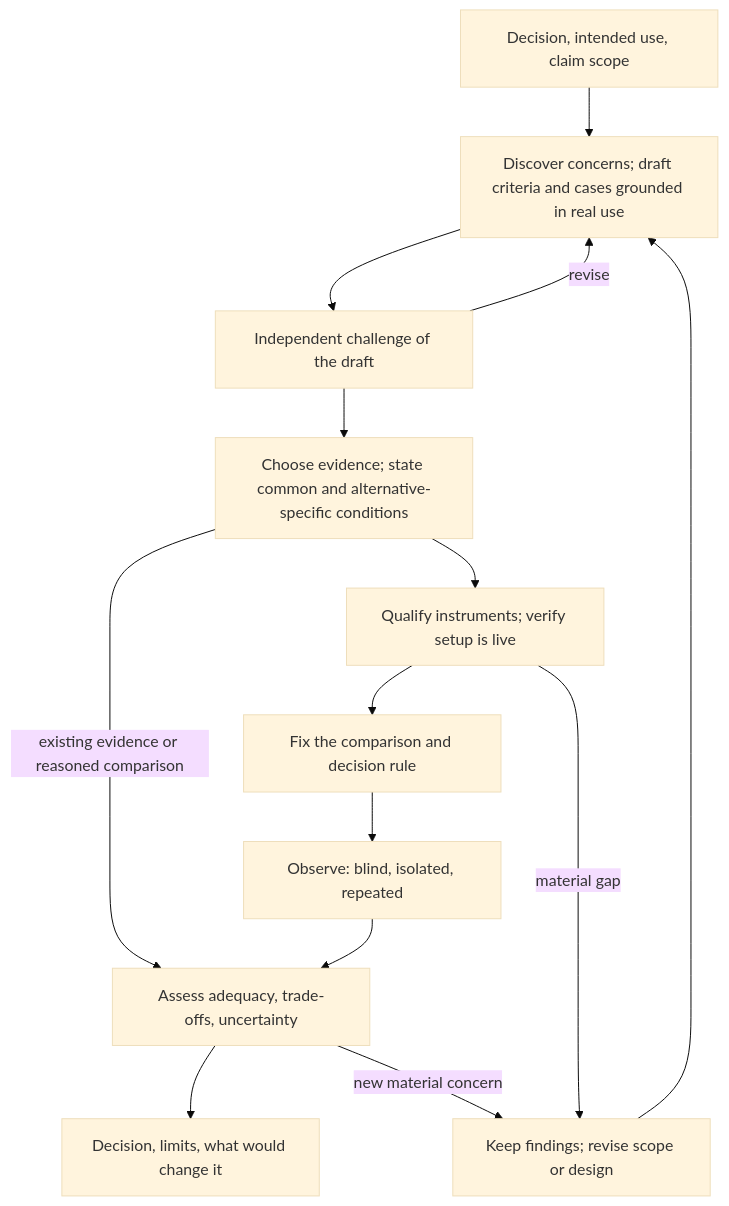
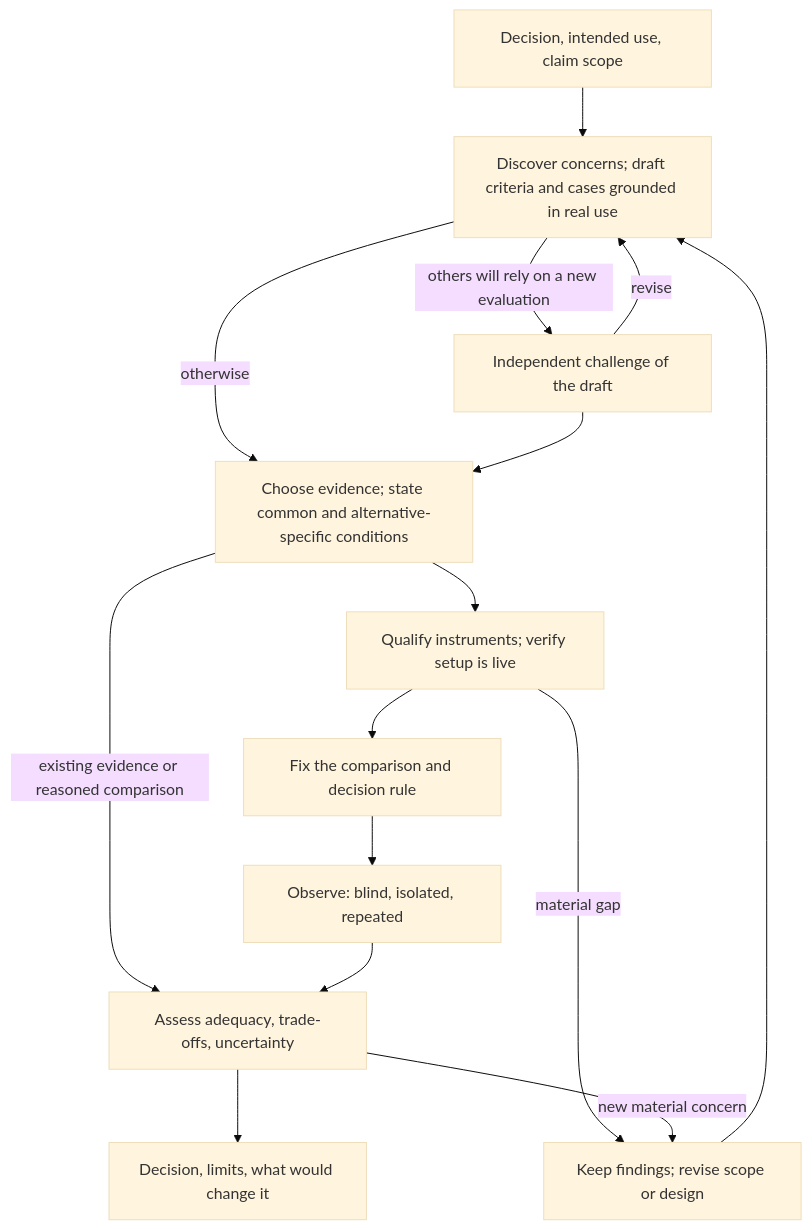
One commit to DevGuyRash/agent-tooling changed the diagram in plugins/agentic-design-and-evaluation/skills/split-testing/SKILL.md. Above: the diagram before and after it, drawn with Mermaid (base theme).

Commit message:
fix(agentic-design-and-evaluation): the overview's independent challenge is conditional
Only a newly built evaluation that others will rely on passes through the challenge; other comparisons go straight to choosing evidence.

````diff
--- a/plugins/agentic-design-and-evaluation/skills/split-testing/SKILL.md
+++ b/plugins/agentic-design-and-evaluation/skills/split-testing/SKILL.md
@@ -17,16 +17,17 @@
 ```mermaid
 flowchart TD
   D["Decision, intended use, claim scope"] --> G["Discover concerns; draft criteria and cases grounded in real use"]
-  G --> I["Independent challenge of the draft"]
+  G -- "others will rely on a new evaluation" --> I["Independent challenge of the draft"]
+  G -- "otherwise" --> P
   I -- "revise" --> G
   I --> P["Choose evidence; state common and alternative-specific conditions"]
   P -- "existing evidence or reasoned comparison" --> A
   P --> Q["Qualify instruments; verify setup is live"]
   Q --> F["Fix the comparison and decision rule"]
   F --> O["Observe: blind, isolated, repeated"]
   O --> A["Assess adequacy, trade-offs, uncertainty"]
   A --> R["Decision, limits, what would change it"]
   Q -- "material gap" --> N["Keep findings; revise scope or design"]
   A -- "new material concern" --> N
   N --> G
 ```
````
